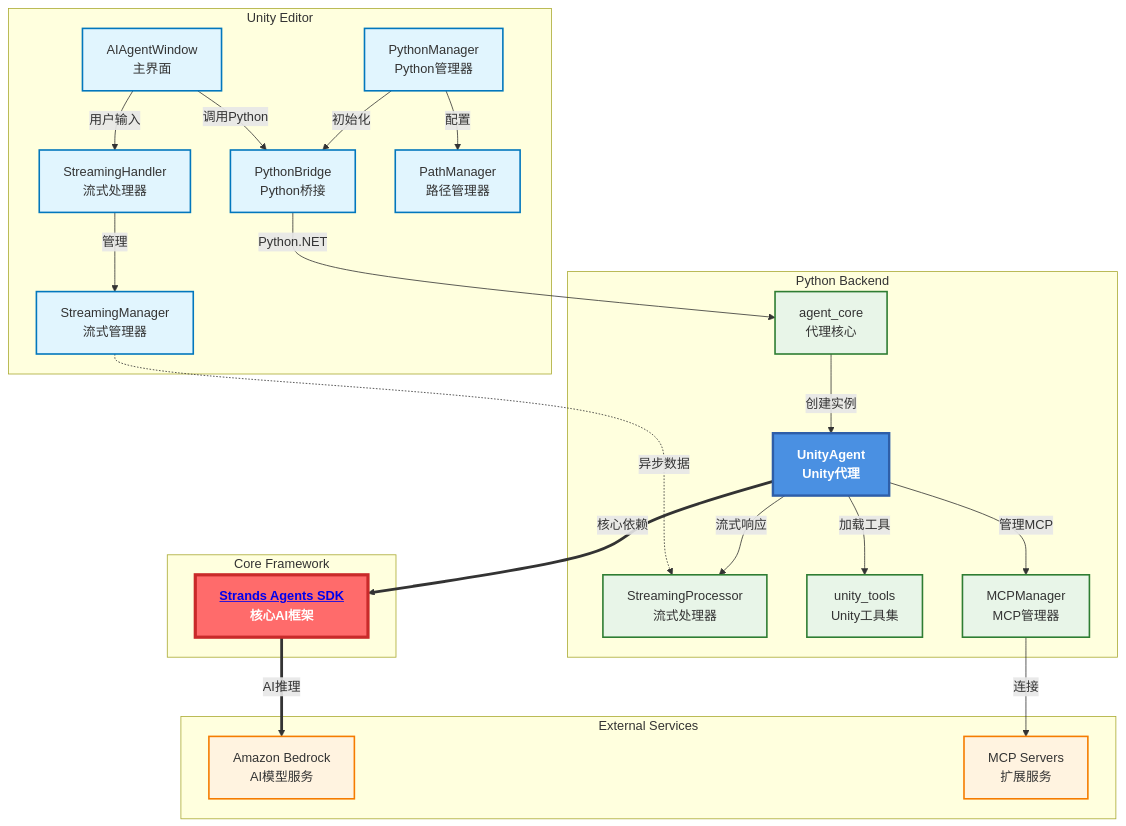
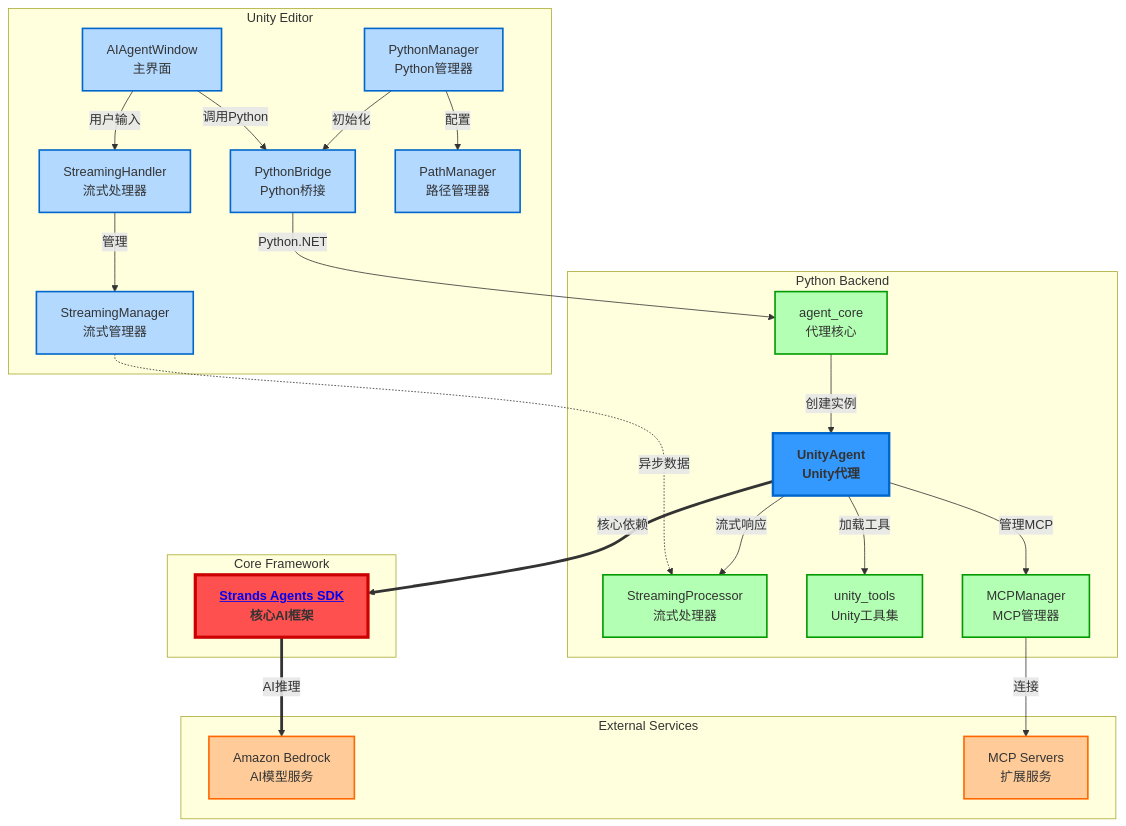
The first of 2 diagrams in README.md (ddpie/unity-strands-agent), drawn with Mermaid before and after one commit. The commit also changed other lines of this file, not shown here.

Commit message:
update README.md to enhance system architecture diagrams
- changed graph direction from TD to TB for better visual representation
- updated class definitions with new color schemes for improved clarity and consistency
- ensured that the architecture diagrams accurately reflect the current project structure

````diff
--- a/README.md
+++ b/README.md
@@ -39,55 +39,55 @@
 ```mermaid
-graph TD
+graph TB
     subgraph "Unity Editor"
         UI[AIAgentWindow<br/>主界面]
         SH[StreamingHandler<br/>流式处理器]
         SM[StreamingManager<br/>流式管理器]
         PB[PythonBridge<br/>Python桥接]
         PM[PythonManager<br/>Python管理器]
         PATH[PathManager<br/>路径管理器]
     end
     
     subgraph "Python Backend"
         AC[agent_core<br/>代理核心]
         UA[UnityAgent<br/>Unity代理]
         SP[StreamingProcessor<br/>流式处理器]
         UT[unity_tools<br/>Unity工具集]
         MM[MCPManager<br/>MCP管理器]
     end
     
     subgraph "Core Framework"
         SDK[<a href="https://strandsagents.com/latest/">Strands Agents SDK</a><br/>核心AI框架]
     end
     
     subgraph "External Services"
         AWS[Amazon Bedrock<br/>AI模型服务]
         MCP[MCP Servers<br/>扩展服务]
     end
     
     UI -->|用户输入| SH
     UI -->|调用Python| PB
     SH -->|管理| SM
     SM -.->|异步数据| SP
     PM -->|初始化| PB
     PM -->|配置| PATH
     PB -->|Python.NET| AC
     AC -->|创建实例| UA
     UA ==>|核心依赖| SDK
     UA -->|流式响应| SP
     UA -->|加载工具| UT
     UA -->|管理MCP| MM
     SDK ==>|AI推理| AWS
     MM -->|连接| MCP
     
-    classDef unityStyle fill:#e1f5fe,stroke:#0277bd,stroke-width:2px
-    classDef pythonStyle fill:#e8f5e8,stroke:#2e7d32,stroke-width:2px
-    classDef agentStyle fill:#4a90e2,stroke:#2e5ea8,stroke-width:3px,color:#fff,font-weight:bold
-    classDef sdkStyle fill:#ff6b6b,stroke:#c92a2a,stroke-width:4px,color:#fff,font-weight:bold
-    classDef externalStyle fill:#fff3e0,stroke:#f57c00,stroke-width:2px
+    classDef unityStyle fill:#b3d9ff,stroke:#0066cc,stroke-width:2px
+    classDef pythonStyle fill:#b3ffb3,stroke:#009900,stroke-width:2px
+    classDef agentStyle fill:#3399ff,stroke:#0066cc,stroke-width:3px,font-weight:bold
+    classDef sdkStyle fill:#ff5050,stroke:#cc0000,stroke-width:4px,font-weight:bold
+    classDef externalStyle fill:#ffcc99,stroke:#ff6600,stroke-width:2px
     
     class UI,SH,SM,PB,PM,PATH unityStyle
     class AC,SP,UT,MM pythonStyle
     class UA agentStyle
     class SDK sdkStyle
     class AWS,MCP externalStyle
 ```
````
